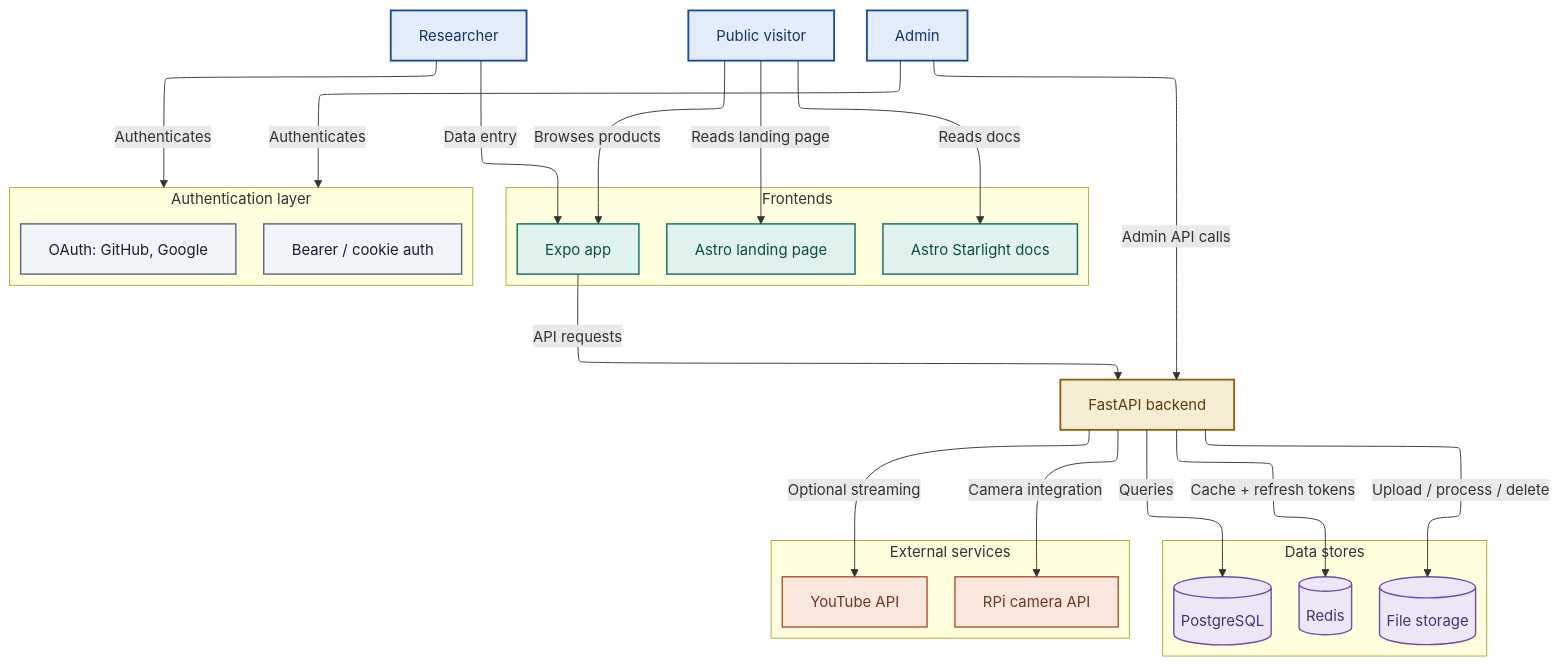
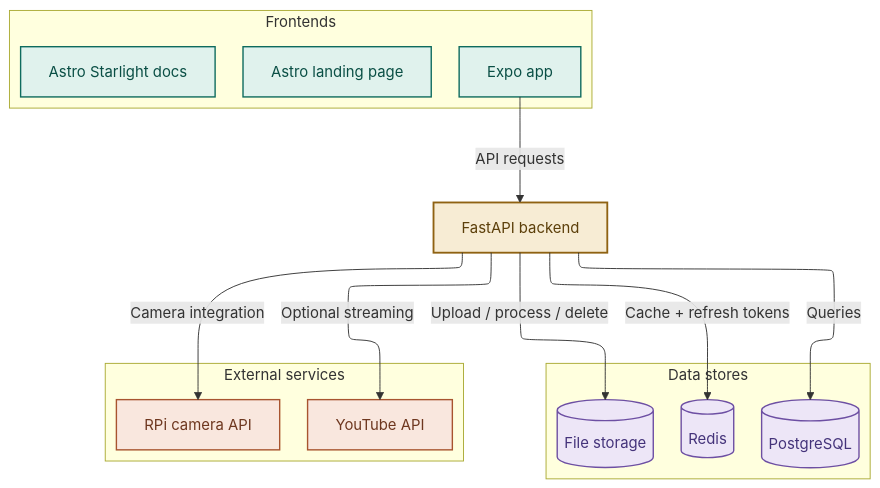
Before and after one commit to CMLPlatform/relab: the first of 2 diagrams in docs/src/content/docs/architecture/system-design.mdx, drawn with Mermaid. The commit also changed other lines of this file and 39 other files, not shown here.

````diff
--- a/docs/src/content/docs/architecture/system-design.mdx
+++ b/docs/src/content/docs/architecture/system-design.mdx
@@ -10,67 +15,50 @@
 ```mermaid
 ---
 config:
     layout: elk
     elk:
         nodePlacementStrategy: NETWORK_SIMPLEX
 ---
 
 graph TD
-    accTitle: R9lab system architecture overview
-    accDescr: Researchers and public visitors reach the Expo app, Astro landing page, and Starlight docs frontends; the Expo app and admins call the FastAPI backend, which authenticates through OAuth and bearer/cookie auth, reads and writes PostgreSQL and Redis, manages file storage, and integrates with the RPi camera API and YouTube API.
-    Researcher["Researcher"] -->|Data entry| FrontendApp
-    PublicUser["Public visitor"] -->|Browses products| FrontendApp
-    PublicUser -->|Reads landing page| FrontendWeb
-    PublicUser -->|Reads docs| Docs
-    Admin["Admin"] -->|Admin API calls| Backend
+    accTitle: R9lab deployment topology
+    accDescr: Three frontends (the Expo app, the Astro landing page, and the Starlight docs) sit beside one FastAPI backend. The Expo app sends API requests to the backend, which reads and writes PostgreSQL and Redis, manages file storage, and integrates with the RPi camera API and the YouTube API.
 
     subgraph Frontends ["Frontends"]
         FrontendApp["Expo app"]
         FrontendWeb["Astro landing page"]
         Docs["Astro Starlight docs"]
     end
 
     FrontendApp -->|API requests| Backend
     Backend["FastAPI backend"]
 
     subgraph DataStores ["Data stores"]
         Redis[("Redis")]
         PostgreSQL[("PostgreSQL")]
         FileStorage[("File storage")]
     end
 
     Backend -->|Cache + refresh tokens| Redis
     Backend -->|Queries| PostgreSQL
     Backend -->|Upload / process / delete| FileStorage
 
-    subgraph Auth ["Authentication layer"]
-        OAuthProviders["OAuth: GitHub, Google"]
-        AuthSystem["Bearer / cookie auth"]
-    end
-
-    Researcher -->|Authenticates| Auth
-    Admin -->|Authenticates| Auth
-
     subgraph External ["External services"]
         RaspberryPi["RPi camera API"]
         YouTube["YouTube API"]
     end
 
     Backend -->|Camera integration| RaspberryPi
     Backend -->|Optional streaming| YouTube
 
     %% Diagram palette from assets/DESIGN.md (categorical ramp)
-    classDef actor fill:#e3ecfa,stroke:#1f4c96,stroke-width:2px,color:#143567
     classDef frontend fill:#e0f2ed,stroke:#0e6b5e,stroke-width:1.5px,color:#0a4f45
     classDef backend fill:#f7ecd4,stroke:#8f6212,stroke-width:2px,color:#5c3f0a
     classDef datastore fill:#ede6f7,stroke:#6d4fa3,stroke-width:1.5px,color:#44337a
-    classDef auth fill:#f1f4f8,stroke:#5a6675,stroke-width:1.5px,color:#16202e
     classDef external fill:#f9e7de,stroke:#a8542f,stroke-width:1.5px,color:#6e371f
 
-    class Researcher,PublicUser,Admin actor
     class FrontendApp,FrontendWeb,Docs frontend
     class Backend backend
     class Redis,PostgreSQL,FileStorage datastore
-    class OAuthProviders,AuthSystem auth
     class RaspberryPi,YouTube external
 ```
````
